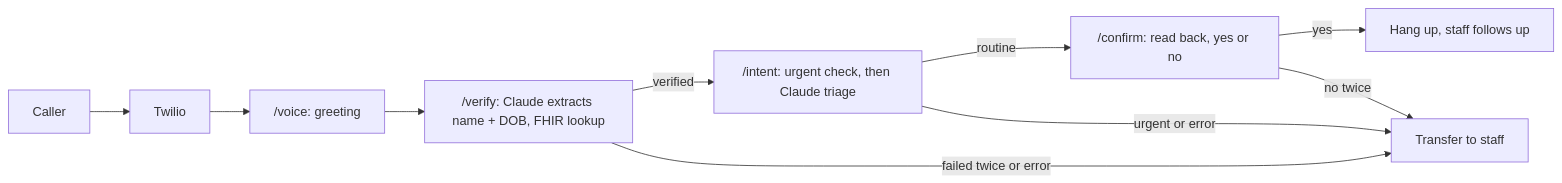
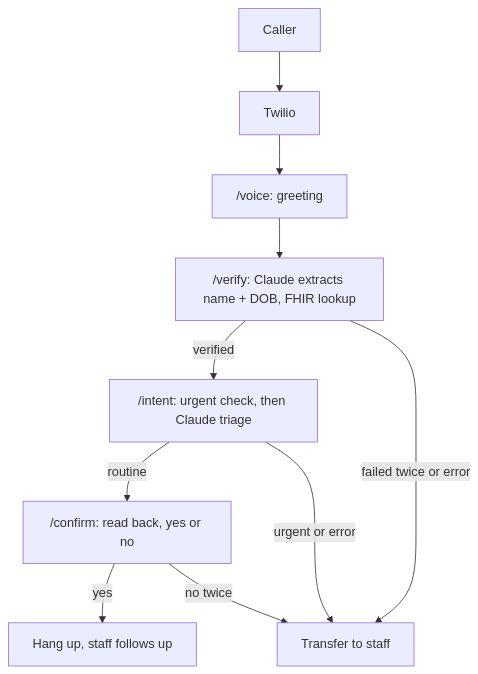
The diagram in README.md (alikirat/clarus-voice-demo), drawn with Mermaid before and after one commit. The commit also changed other lines of this file and 1 other file, not shown here.

Commit message:
Use custom demo thumbnail in README

````diff
--- a/README.md
+++ b/README.md
@@ -21,12 +21,12 @@
 ```mermaid
-flowchart LR
+flowchart TD
     A[Caller] --> B[Twilio]
     B --> C["/voice: greeting"]
     C --> D["/verify: Claude extracts name + DOB, FHIR lookup"]
     D -->|verified| E["/intent: urgent check, then Claude triage"]
     D -->|failed twice or error| X[Transfer to staff]
     E -->|routine| F["/confirm: read back, yes or no"]
     E -->|urgent or error| X
     F -->|yes| G[Hang up, staff follows up]
     F -->|no twice| X
 ```
````
